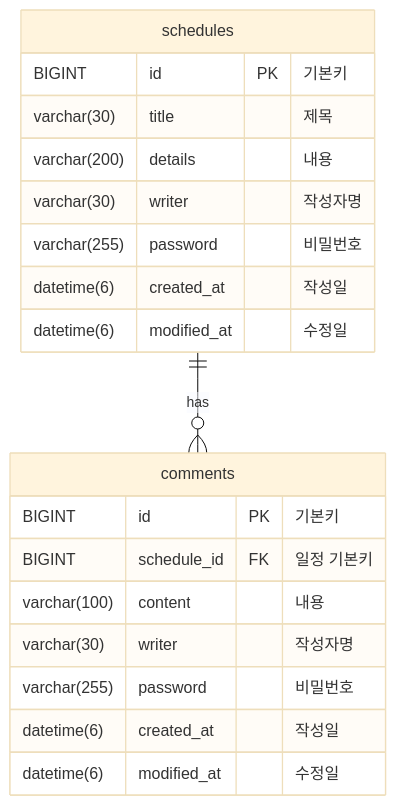
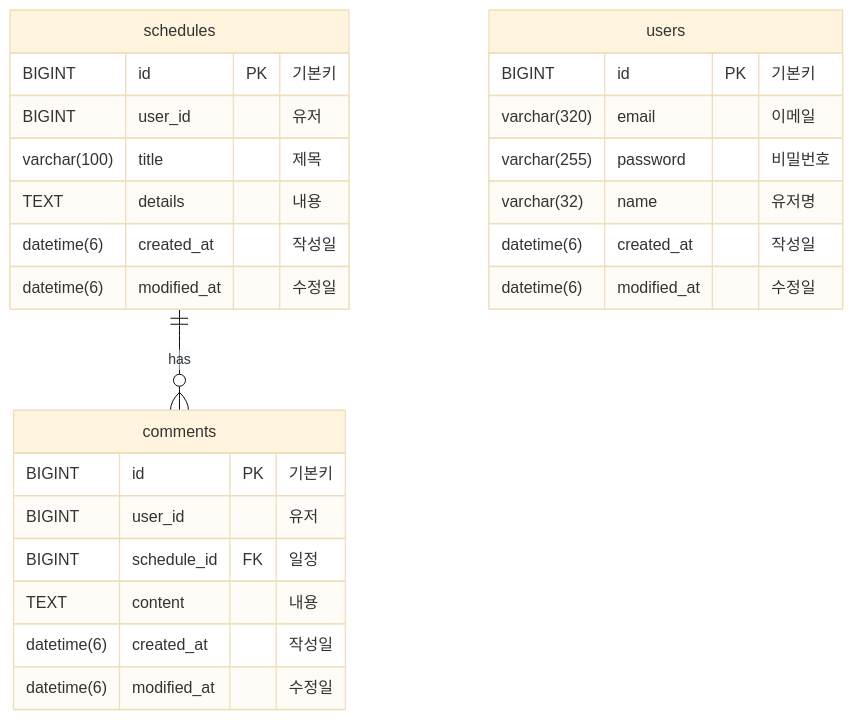
Before and after one commit to thetana/CalendarProject: the diagram in README.md, drawn with Mermaid (base theme). The commit also changed other lines of this file, not shown here.

First line of the commit message:
docs: ERD 및 API 명세서 숙련 과제 반영

````diff
--- a/README.md
+++ b/README.md
@@ -209,24 +379,31 @@
 ```mermaid
 erDiagram
     schedules ||--o{ comments : has
 
+    users {
+        BIGINT id PK "기본키"
+        varchar(320) email "이메일"
+        varchar(255) password "비밀번호 "
+        varchar(32) name "유저명"
+        datetime(6) created_at "작성일"
+        datetime(6) modified_at "수정일"
+    }
+
     schedules {
         BIGINT id PK "기본키"
-        varchar(30) title "제목"
-        varchar(200) details "내용"
-        varchar(30) writer "작성자명"
-        varchar(255) password "비밀번호"
+        BIGINT user_id "유저"
+        varchar(100) title "제목"
+        TEXT details "내용"
         datetime(6) created_at "작성일"
         datetime(6) modified_at "수정일"
     }
 
     comments {
         BIGINT id PK "기본키"
-        BIGINT schedule_id FK "일정 기본키" 
-        varchar(100) content "내용"
-        varchar(30) writer "작성자명"
-        varchar(255) password "비밀번호"
+        BIGINT user_id "유저"
+        BIGINT schedule_id FK "일정" 
+        TEXT content "내용"
         datetime(6) created_at "작성일"
         datetime(6) modified_at "수정일"
     }
 ```
````
